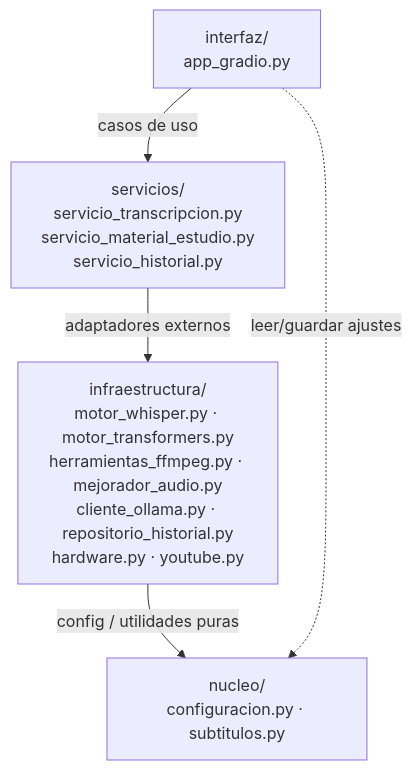
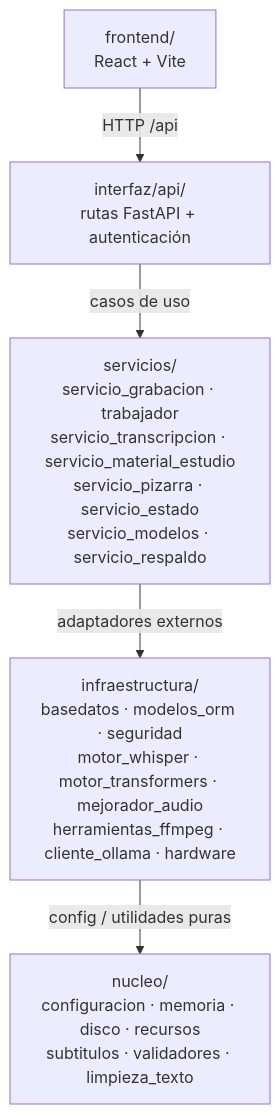
Before and after one commit to Tamborconpatas/ClaseAIdia: the second of 3 diagrams in README.md, drawn with Mermaid. The commit also changed other lines of this file and 17 other files, not shown here.

Commit message:
Docker y documentación para la aplicación real: web (nginx + React), backend FastAPI, https y GPU por compose; README y guías de instalación sin Gradio

````diff
--- a/README.md
+++ b/README.md
@@ -250,12 +260,13 @@
 ```mermaid
 flowchart TD
-    UI["interfaz/<br/>app_gradio.py"]
-    SVC["servicios/<br/>servicio_transcripcion.py<br/>servicio_material_estudio.py<br/>servicio_historial.py"]
-    INFRA["infraestructura/<br/>motor_whisper.py · motor_transformers.py<br/>herramientas_ffmpeg.py · mejorador_audio.py<br/>cliente_ollama.py · repositorio_historial.py<br/>hardware.py · youtube.py"]
-    CORE["nucleo/<br/>configuracion.py · subtitulos.py"]
+    WEB["frontend/<br/>React + Vite"]
+    UI["interfaz/api/<br/>rutas FastAPI + autenticación"]
+    SVC["servicios/<br/>servicio_grabacion · trabajador<br/>servicio_transcripcion · servicio_material_estudio<br/>servicio_pizarra · servicio_estado<br/>servicio_modelos · servicio_respaldo"]
+    INFRA["infraestructura/<br/>basedatos · modelos_orm · seguridad<br/>motor_whisper · motor_transformers · mejorador_audio<br/>herramientas_ffmpeg · cliente_ollama · hardware"]
+    CORE["nucleo/<br/>configuracion · memoria · disco · recursos<br/>subtitulos · validadores · limpieza_texto"]
 
+    WEB -->|"HTTP /api"| UI
     UI -->|"casos de uso"| SVC
     SVC -->|"adaptadores externos"| INFRA
     INFRA -->|"config / utilidades puras"| CORE
-    UI -.->|"leer/guardar ajustes"| CORE
 ```
````
